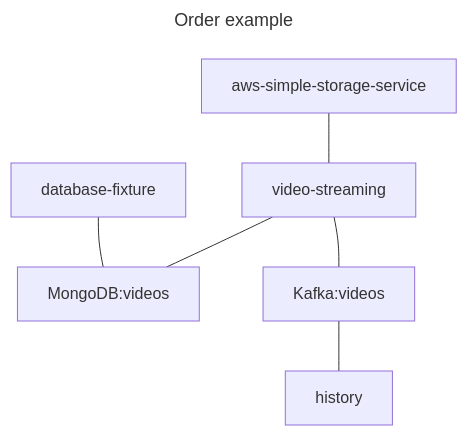
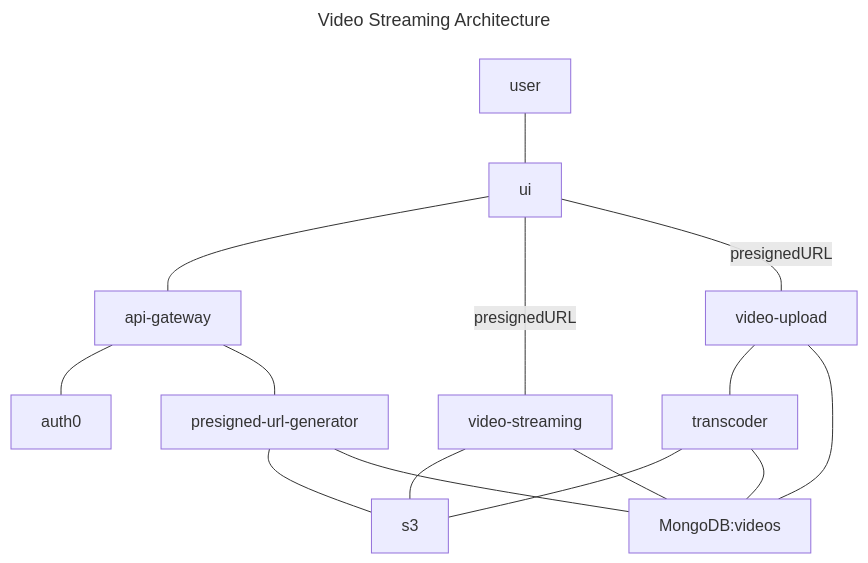
Before and after one commit to kale-schuetzeberg/video-streaming: the diagram in application-map.mmd, drawn with Mermaid. The commit also changed 16 other files, not shown here.

```diff
--- a/application-map.mmd
+++ b/application-map.mmd
@@ -1,9 +1,18 @@
 ---
-title: Order example
+title: Video Streaming Architecture
 ---
 flowchart TB
-    aws-simple-storage-service --- video-streaming
-    database-fixture --- MongoDB:videos
-    video-streaming --- Kafka:videos
+    user --- ui
+    ui --- api-gateway
+    ui -- presignedURL --- video-streaming
+    ui -- presignedURL --- video-upload
+    api-gateway --- auth0
+    api-gateway  --- presigned-url-generator
+    presigned-url-generator --- s3
+    transcoder --- s3
+    video-streaming --- s3
+    video-upload --- transcoder
+    presigned-url-generator --- MongoDB:videos
+    transcoder --- MongoDB:videos
+    video-upload --- MongoDB:videos
     video-streaming --- MongoDB:videos
-    Kafka:videos --- history
```
